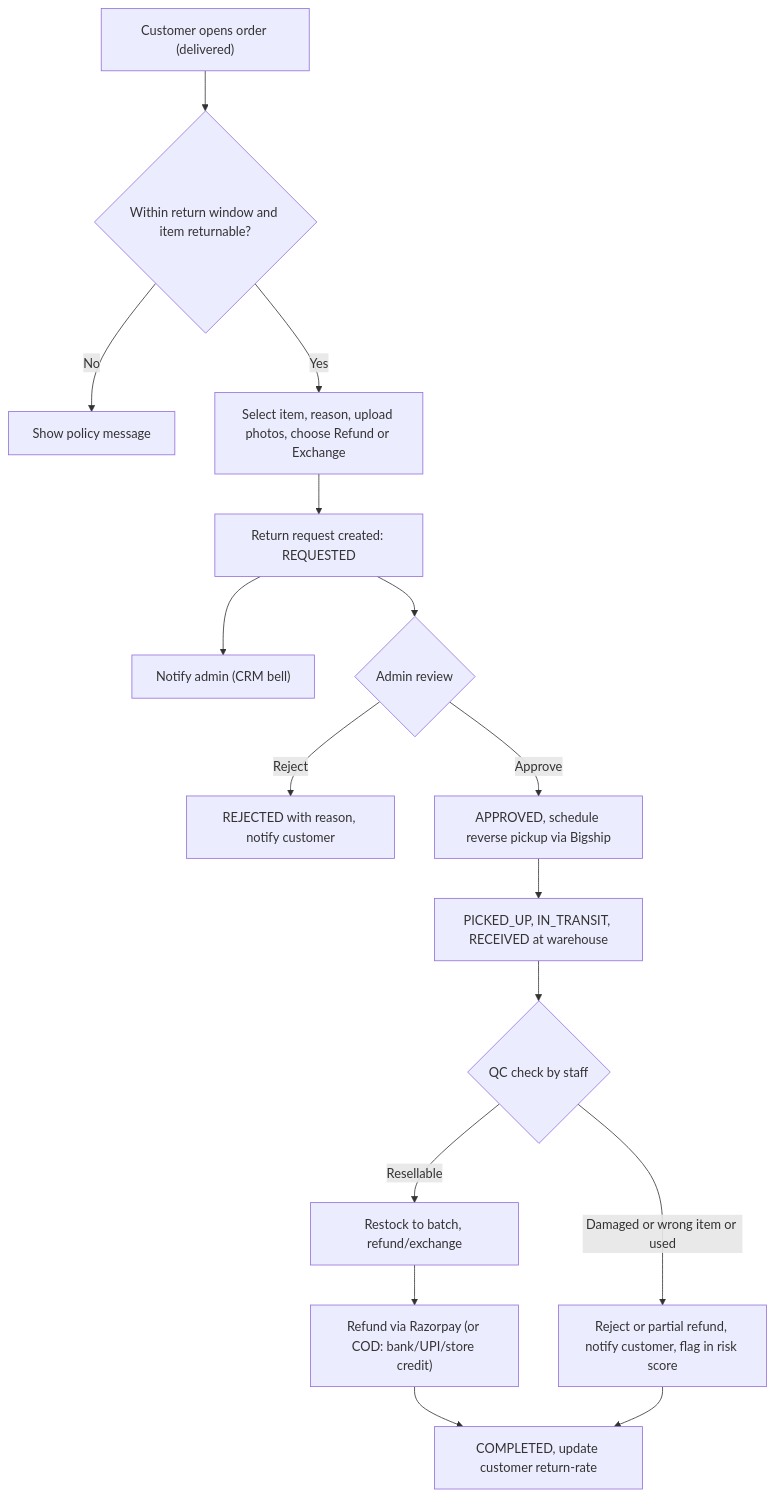
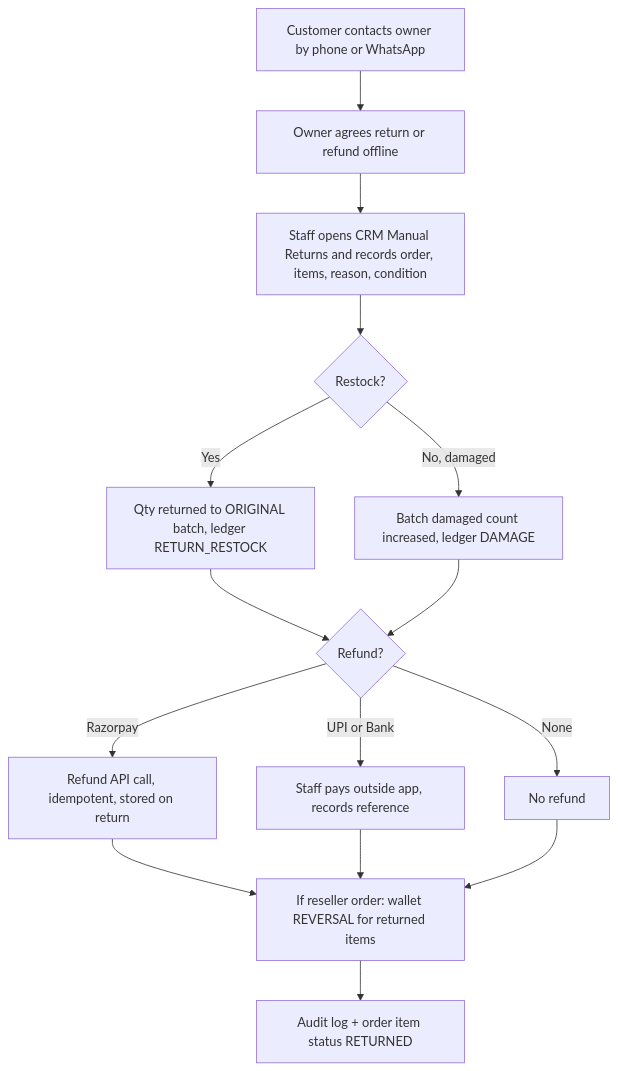
The sixth of 11 diagrams in docs/PLAN.md (subhrajit455/younora), drawn with Mermaid before and after one commit. The commit also changed other lines of this file and 17 other files, not shown here.

````diff
--- a/docs/PLAN.md
+++ b/docs/PLAN.md
@@ -487,18 +453,17 @@
 ```mermaid
 flowchart TD
-  A["Customer opens order (delivered)"] --> B{"Within return window and item returnable?"}
-  B -- No --> X["Show policy message"]
-  B -- Yes --> C["Select item, reason, upload photos, choose Refund or Exchange"]
-  C --> D["Return request created: REQUESTED"]
-  D --> N1["Notify admin (CRM bell)"]
-  D --> E{"Admin review"}
-  E -- Reject --> F["REJECTED with reason, notify customer"]
-  E -- Approve --> G["APPROVED, schedule reverse pickup via Bigship"]
-  G --> H["PICKED_UP, IN_TRANSIT, RECEIVED at warehouse"]
-  H --> I{"QC check by staff"}
-  I -- "Resellable" --> J["Restock to batch, refund/exchange"]
-  I -- "Damaged or wrong item or used" --> K["Reject or partial refund, notify customer, flag in risk score"]
-  J --> L["Refund via Razorpay (or COD: bank/UPI/store credit)"]
-  L --> M["COMPLETED, update customer return-rate"]
-  K --> M
+  A["Customer contacts owner by phone or WhatsApp"] --> B["Owner agrees return or refund offline"]
+  B --> C["Staff opens CRM Manual Returns and records order, items, reason, condition"]
+  C --> D{"Restock?"}
+  D -- Yes --> E["Qty returned to ORIGINAL batch, ledger RETURN_RESTOCK"]
+  D -- No, damaged --> F["Batch damaged count increased, ledger DAMAGE"]
+  E --> G{"Refund?"}
+  F --> G
+  G -- "Razorpay" --> H["Refund API call, idempotent, stored on return"]
+  G -- "UPI or Bank" --> I["Staff pays outside app, records reference"]
+  G -- None --> J["No refund"]
+  H --> K["If reseller order: wallet REVERSAL for returned items"]
+  I --> K
+  J --> K
+  K --> L["Audit log + order item status RETURNED"]
 ```
````
